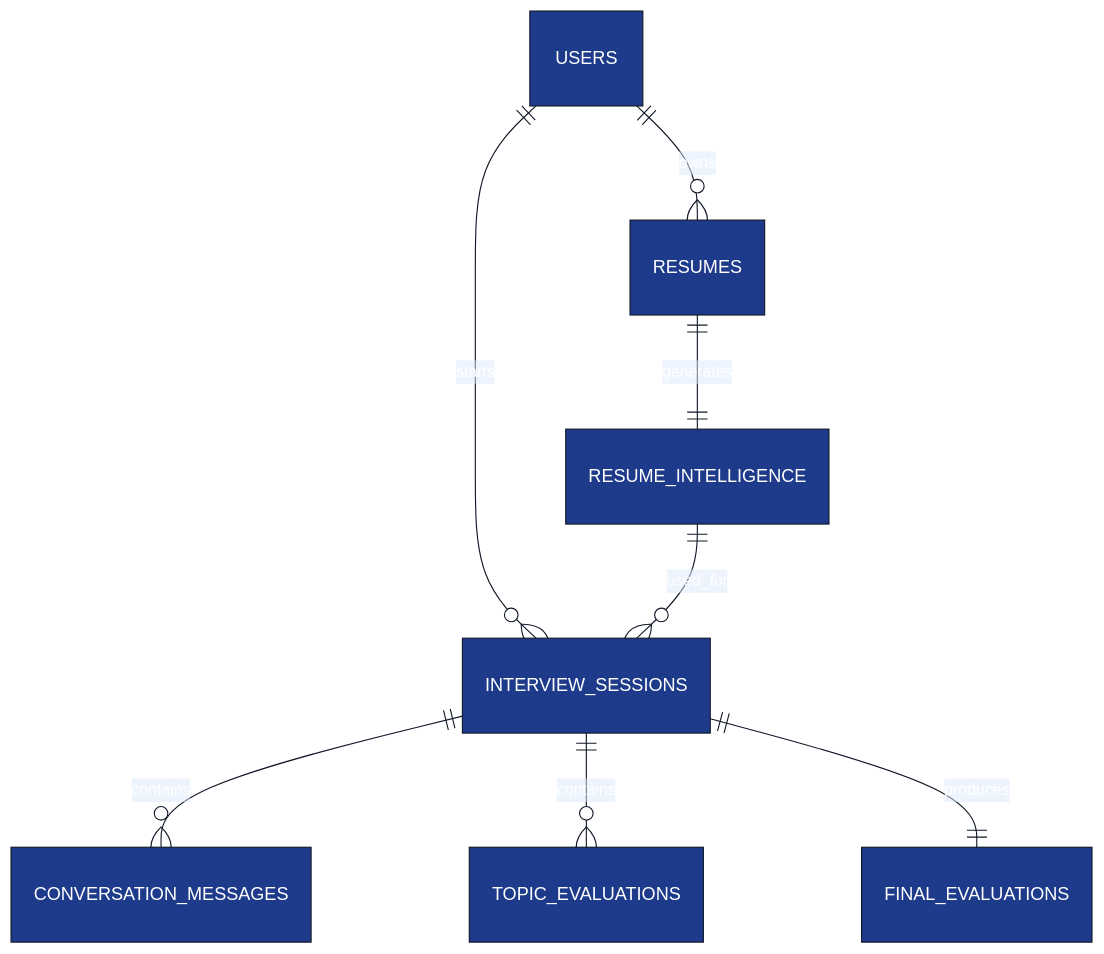
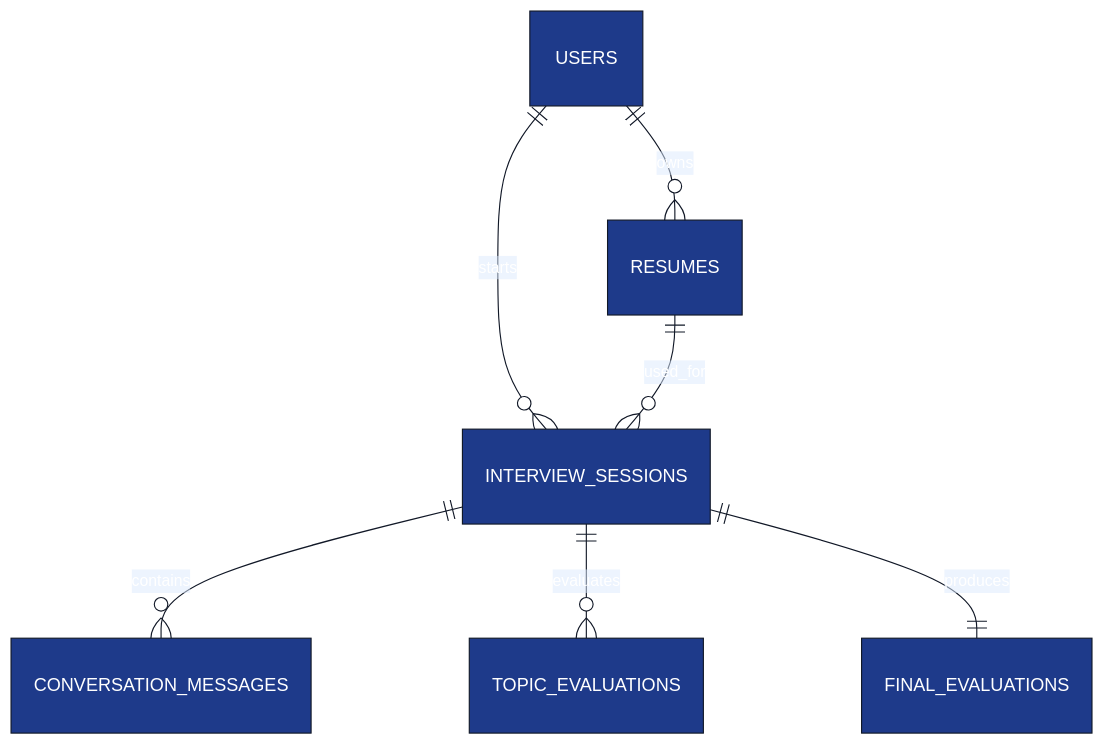
Before and after one commit to Veeru123456778/ai-interview-service: the diagram in docs/tech-spec/06_db_schema.md, drawn with Mermaid. The commit also changed other lines of this file, not shown here.

Commit message:
added the db schema of the agent

````diff
--- a/docs/tech-spec/06_db_schema.md
+++ b/docs/tech-spec/06_db_schema.md
@@ -43,30 +44,28 @@
 ```mermaid
 %%{init:{
   "theme":"base",
   "themeVariables":{
     "background":"#FFFFFF",
     "primaryColor":"#1E3A8A",
     "primaryTextColor":"#FFFFFF",
     "primaryBorderColor":"#111827",
     "secondaryColor":"#2563EB",
     "secondaryTextColor":"#FFFFFF",
     "tertiaryColor":"#DBEAFE",
     "lineColor":"#111827",
     "edgeLabelBackground":"#FFFFFF",
     "fontFamily":"Inter"
   }
 }}%%
 
 erDiagram
 
     USERS ||--o{ RESUMES : owns
     USERS ||--o{ INTERVIEW_SESSIONS : starts
 
-    RESUMES ||--|| RESUME_INTELLIGENCE : generates
+    RESUMES ||--o{ INTERVIEW_SESSIONS : used_for
 
     INTERVIEW_SESSIONS ||--o{ CONVERSATION_MESSAGES : contains
-    INTERVIEW_SESSIONS ||--o{ TOPIC_EVALUATIONS : contains
+    INTERVIEW_SESSIONS ||--o{ TOPIC_EVALUATIONS : evaluates
     INTERVIEW_SESSIONS ||--|| FINAL_EVALUATIONS : produces
-
-    RESUME_INTELLIGENCE ||--o{ INTERVIEW_SESSIONS : used_for
 ```
````
